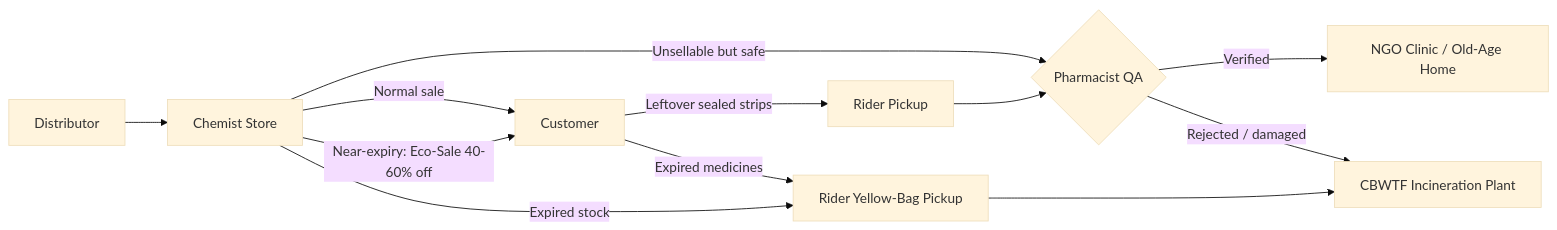
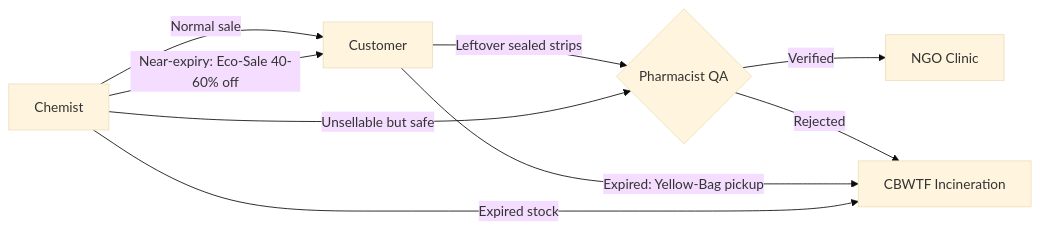
Before and after one commit to chethan-9817/pharma_flow_1: the diagram in README.md, drawn with Mermaid (base theme). The commit also changed other lines of this file and 2 other files, not shown here.

````diff
--- a/README.md
+++ b/README.md
@@ -85,14 +22,11 @@
 ```mermaid
 flowchart LR
-    D[Distributor] --> C[Chemist Store]
-    C -->|Normal sale| U[Customer]
+    C[Chemist] -->|Normal sale| U[Customer]
     C -->|Near-expiry: Eco-Sale 40-60% off| U
-    C -->|Unsellable but safe| QA{Pharmacist QA}
-    U -->|Leftover sealed strips| R1[Rider Pickup]
-    R1 --> QA
-    QA -->|Verified| N[NGO Clinic / Old-Age Home]
-    QA -->|Rejected / damaged| B
-    U -->|Expired medicines| R2[Rider Yellow-Bag Pickup]
-    C -->|Expired stock| R2
-    R2 --> B[CBWTF Incineration Plant]
+    U -->|Leftover sealed strips| QA{Pharmacist QA}
+    C -->|Unsellable but safe| QA
+    QA -->|Verified| N[NGO Clinic]
+    QA -->|Rejected| B[CBWTF Incineration]
+    U -->|Expired: Yellow-Bag pickup| B
+    C -->|Expired stock| B
 ```
````
